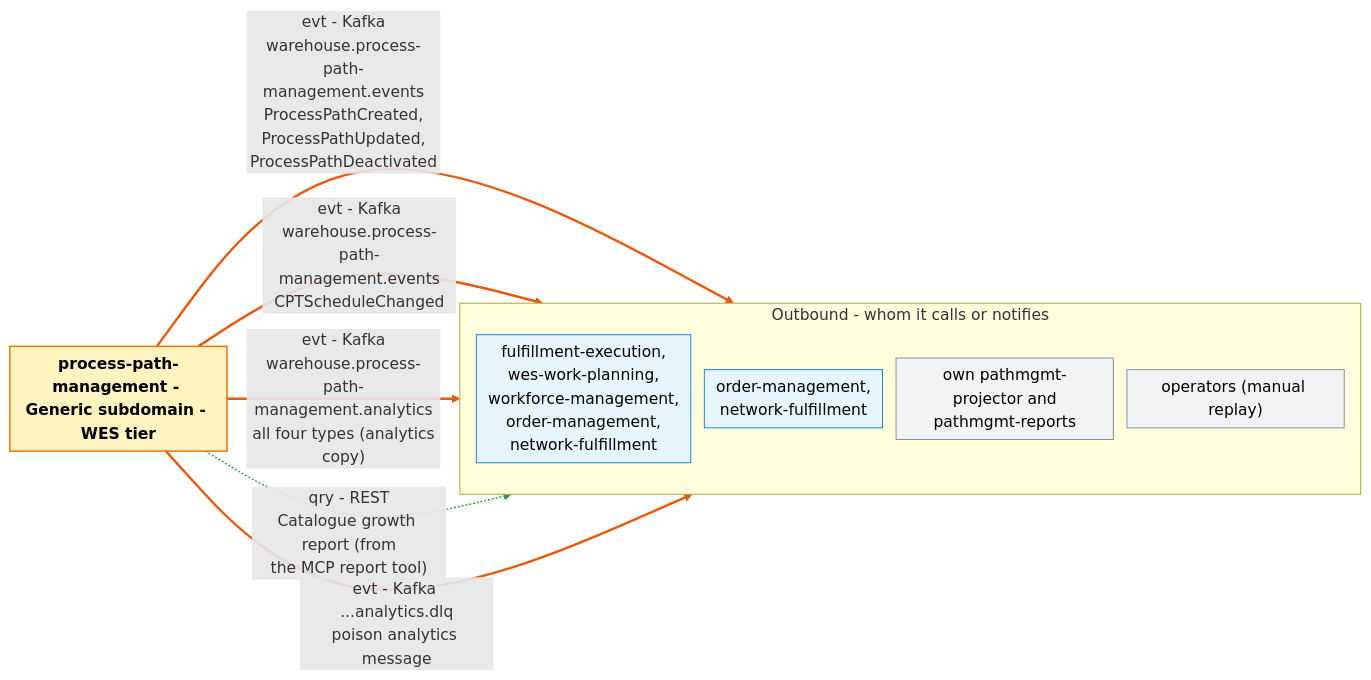
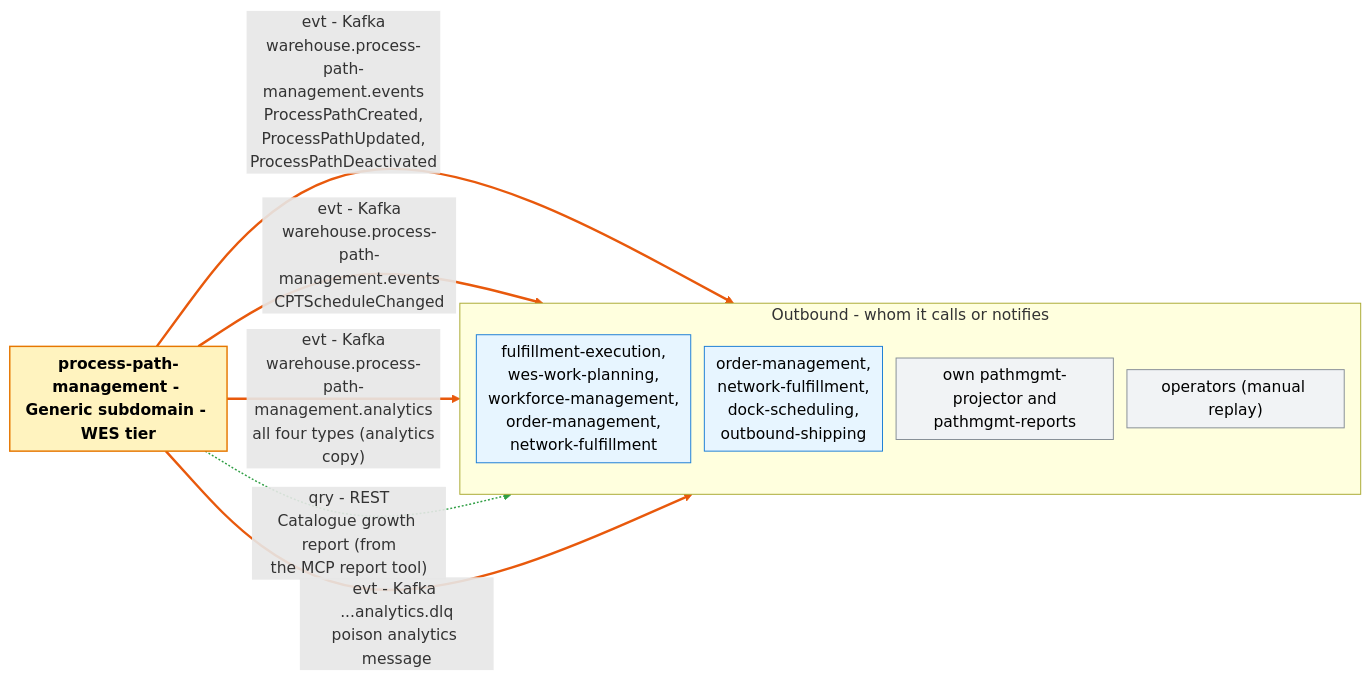
Before and after one commit to IQVO/process-path-management: the second of 2 diagrams in docs/docs/ddd/bounded-context-canvas.md, drawn with Mermaid. The commit also changed other lines of this file and 11 other files, not shown here.

````diff
--- a/docs/docs/ddd/bounded-context-canvas.md
+++ b/docs/docs/ddd/bounded-context-canvas.md
@@ -74,29 +74,29 @@
 ```mermaid
 %%{init: {"flowchart": {"nodeSpacing": 14, "rankSpacing": 40, "padding": 6}}}%%
 flowchart LR
     classDef bc fill:#fff3bf,stroke:#e67700,stroke-width:1.5px,color:#000
     classDef card fill:#fff9db,stroke:#f08c00,color:#000,text-align:left
     classDef ctx fill:#e7f5ff,stroke:#1c7ed6,color:#000
     classDef actor fill:#fff4e6,stroke:#e8590c,color:#000
     classDef ext fill:#ffe3e3,stroke:#c92a2a,color:#000
     classDef self fill:#f1f3f5,stroke:#868e96,color:#000
     classDef none fill:#f8f9fa,stroke:#adb5bd,stroke-dasharray:5 5,color:#495057
     BC["<b>process-path-management - Generic subdomain - WES tier</b>"]:::bc
     subgraph OUT["Outbound - whom it calls or notifies"]
         direction TB
         out0["fulfillment-execution,<br/>wes-work-planning,<br/>workforce-management,<br/>order-management,<br/>network-fulfillment"]:::ctx
-        out1["order-management,<br/>network-fulfillment"]:::ctx
+        out1["order-management,<br/>network-fulfillment,<br/>dock-scheduling,<br/>outbound-shipping"]:::ctx
         out2["own pathmgmt-projector and<br/>pathmgmt-reports"]:::self
         out3["operators (manual replay)"]:::self
     end
     BC ==>|"evt - Kafka<br/>warehouse.process-path-management.events<br/>ProcessPathCreated,<br/>ProcessPathUpdated,<br/>ProcessPathDeactivated"| out0
     BC ==>|"evt - Kafka<br/>warehouse.process-path-management.events<br/>CPTScheduleChanged"| out1
     BC ==>|"evt - Kafka<br/>warehouse.process-path-management.analytics<br/>all four types (analytics<br/>copy)"| out2
     BC -.->|"qry - REST<br/>Catalogue growth report (from<br/>the MCP report tool)"| out2
     BC ==>|"evt - Kafka ...analytics.dlq<br/>poison analytics message"| out3
     linkStyle 0 stroke:#e8590c,stroke-width:2.5px
     linkStyle 1 stroke:#e8590c,stroke-width:2.5px
     linkStyle 2 stroke:#e8590c,stroke-width:2.5px
     linkStyle 3 stroke:#2f9e44,stroke-width:1.5px
     linkStyle 4 stroke:#e8590c,stroke-width:2.5px
 ```
````
